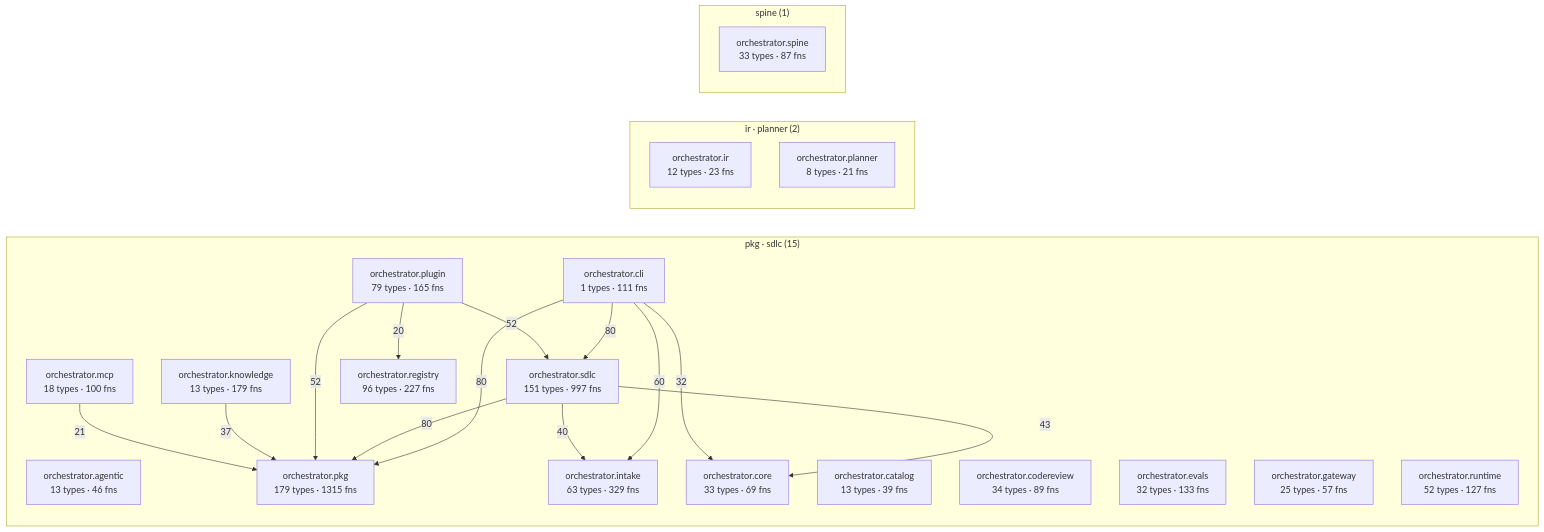
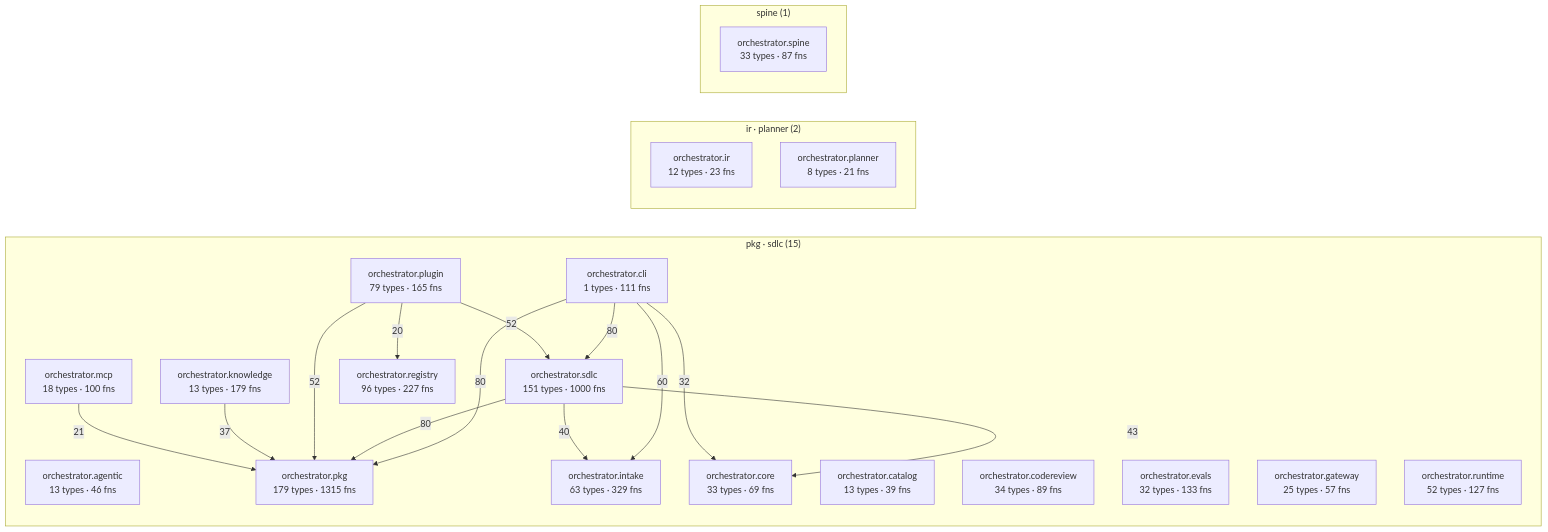
The diagram in episteme/architecture.md (synaptixs/spine), drawn with Mermaid before and after one commit. The commit also changed other lines of this file and 14 other files, not shown here.

````diff
--- a/episteme/architecture.md
+++ b/episteme/architecture.md
@@ -56,39 +56,39 @@
 ```mermaid
 flowchart LR
   subgraph c_2["pkg · sdlc (15)"]
     aorchestratoragentic["orchestrator.agentic<br/>13 types · 46 fns"]
     aorchestratorcatalog["orchestrator.catalog<br/>13 types · 39 fns"]
     aorchestratorcli["orchestrator.cli<br/>1 types · 111 fns"]
     aorchestratorcodereview["orchestrator.codereview<br/>34 types · 89 fns"]
     aorchestratorcore["orchestrator.core<br/>33 types · 69 fns"]
     aorchestratorevals["orchestrator.evals<br/>32 types · 133 fns"]
     aorchestratorgateway["orchestrator.gateway<br/>25 types · 57 fns"]
     aorchestratorintake["orchestrator.intake<br/>63 types · 329 fns"]
     aorchestratorknowledge["orchestrator.knowledge<br/>13 types · 179 fns"]
     aorchestratormcp["orchestrator.mcp<br/>18 types · 100 fns"]
     aorchestratorpkg["orchestrator.pkg<br/>179 types · 1315 fns"]
     aorchestratorplugin["orchestrator.plugin<br/>79 types · 165 fns"]
     aorchestratorregistry["orchestrator.registry<br/>96 types · 227 fns"]
     aorchestratorruntime["orchestrator.runtime<br/>52 types · 127 fns"]
-    aorchestratorsdlc["orchestrator.sdlc<br/>151 types · 997 fns"]
+    aorchestratorsdlc["orchestrator.sdlc<br/>151 types · 1000 fns"]
   end
   subgraph c_5["ir · planner (2)"]
     aorchestratorir["orchestrator.ir<br/>12 types · 23 fns"]
     aorchestratorplanner["orchestrator.planner<br/>8 types · 21 fns"]
   end
   subgraph c_10["spine (1)"]
     aorchestratorspine["orchestrator.spine<br/>33 types · 87 fns"]
   end
   aorchestratorcli -->|80| aorchestratorpkg
   aorchestratorcli -->|80| aorchestratorsdlc
   aorchestratorsdlc -->|80| aorchestratorpkg
   aorchestratorcli -->|60| aorchestratorintake
   aorchestratorplugin -->|52| aorchestratorpkg
   aorchestratorplugin -->|52| aorchestratorsdlc
   aorchestratorsdlc -->|43| aorchestratorcore
   aorchestratorsdlc -->|40| aorchestratorintake
   aorchestratorknowledge -->|37| aorchestratorpkg
   aorchestratorcli -->|32| aorchestratorcore
   aorchestratormcp -->|21| aorchestratorpkg
   aorchestratorplugin -->|20| aorchestratorregistry
 ```
````
